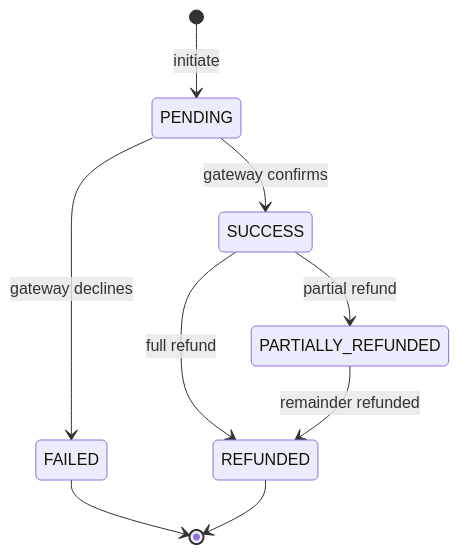
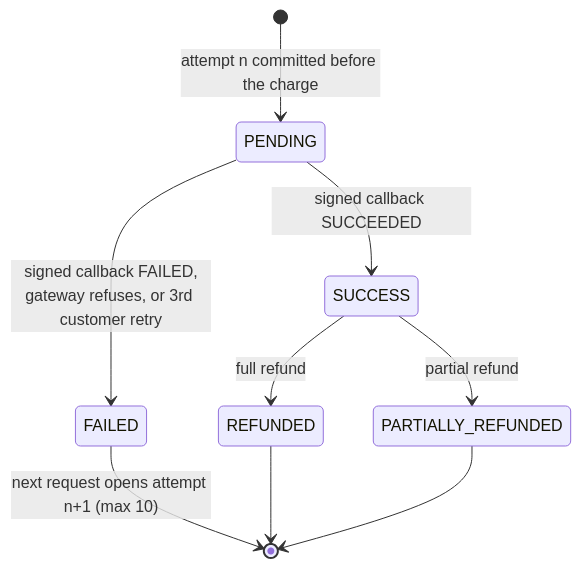
Diagram 21 of 28 in docs/ARCHITECTURE.md (KripaGIT009/home-fix), drawn with Mermaid before and after one commit. The commit also changed other lines of this file and 7 other files, not shown here.

````diff
--- a/docs/ARCHITECTURE.md
+++ b/docs/ARCHITECTURE.md
@@ -1118,11 +1316,11 @@
 ```mermaid
 stateDiagram-v2
-    [*] --> PENDING: initiate
-    PENDING --> SUCCESS: gateway confirms
-    PENDING --> FAILED: gateway declines
+    [*] --> PENDING: attempt n committed before the charge
+    PENDING --> SUCCESS: signed callback SUCCEEDED
+    PENDING --> FAILED: signed callback FAILED,<br/>gateway refuses, or 3rd customer retry
     SUCCESS --> PARTIALLY_REFUNDED: partial refund
     SUCCESS --> REFUNDED: full refund
-    PARTIALLY_REFUNDED --> REFUNDED: remainder refunded
-    FAILED --> [*]
+    FAILED --> [*]: next request opens attempt n+1 (max 10)
     REFUNDED --> [*]
+    PARTIALLY_REFUNDED --> [*]
 ```
````
